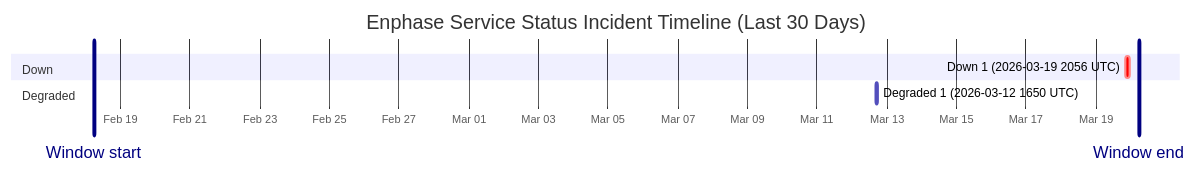
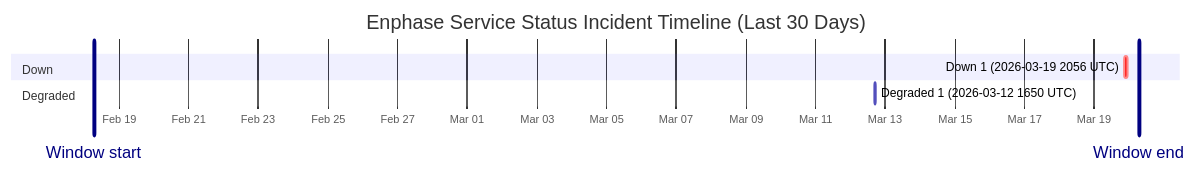
The diagram in wiki/Service-Status-History.md (barneyonline/ha-enphase-ev-charger), drawn with Mermaid before and after one commit. The commit also changed other lines of this file and 3 other files, not shown here.

````diff
--- a/wiki/Service-Status-History.md
+++ b/wiki/Service-Status-History.md
@@ -14,12 +14,12 @@
 ```mermaid
 gantt
     title Enphase Service Status Incident Timeline (Last 30 Days)
     dateFormat  YYYY-MM-DDTHH:mm:ss
     axisFormat  %b %d
-    Window start :vert, window-start, 2026-02-18T05:44:17, 0ms
-    Window end :vert, window-end, 2026-03-20T05:44:17, 0ms
+    Window start :vert, window-start, 2026-02-18T06:42:11, 0ms
+    Window end :vert, window-end, 2026-03-20T06:42:11, 0ms
     section Down
     Down 1 (2026-03-19 2056 UTC) :crit, down-1, 2026-03-19T20:56:20, 145m
     section Degraded
     Degraded 1 (2026-03-12 1650 UTC) :active, degraded-1, 2026-03-12T16:50:43, 60m
 ```
````
